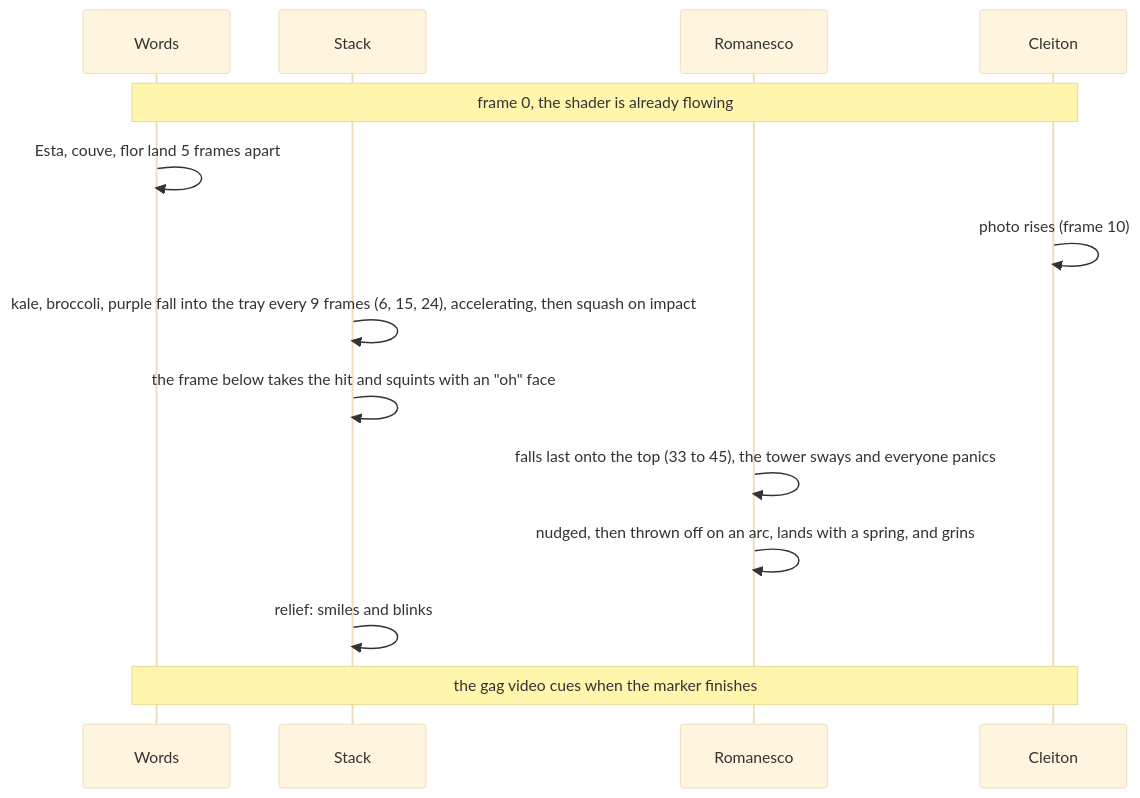
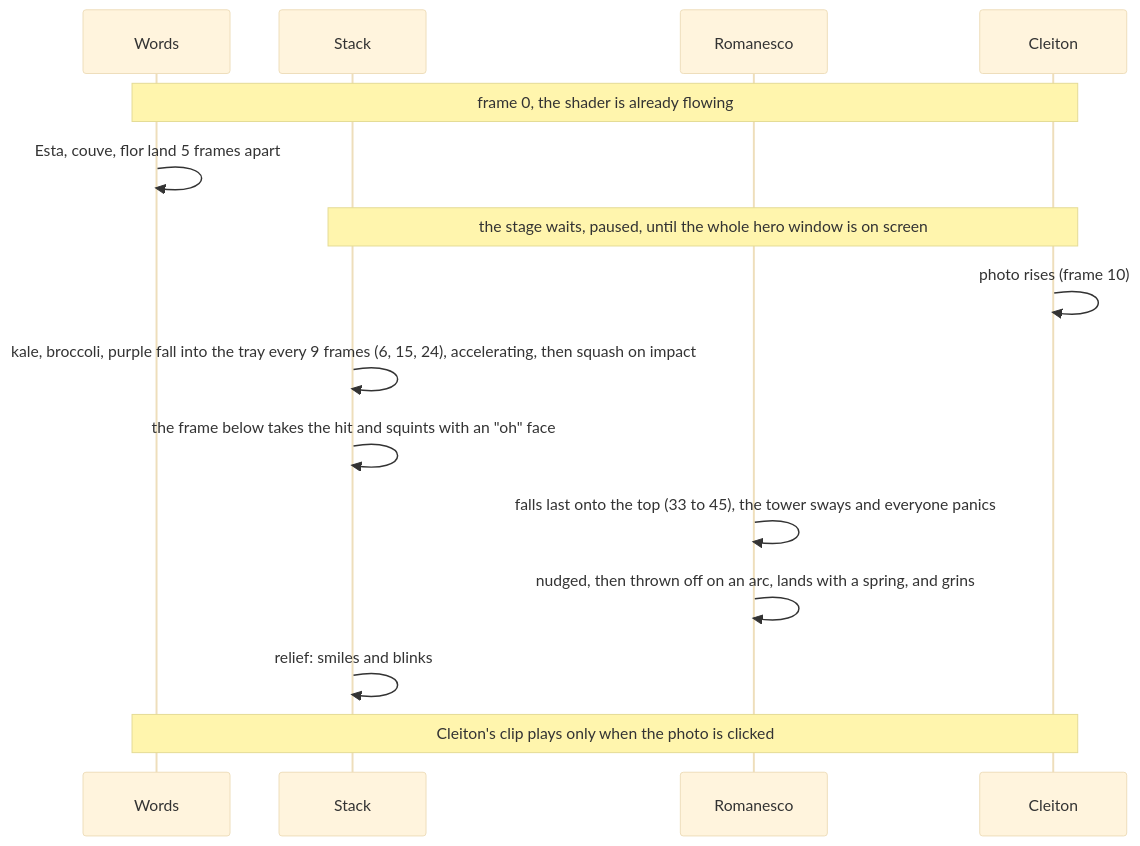
Before and after one commit to klaygomes/klaygomes.github.io: the fourth of 4 diagrams in docs/design.md, drawn with Mermaid (base theme). The commit also changed other lines of this file and 7 other files, not shown here.

Commit message:
feat: hero stack waits until fully in view; Cleiton's clips play only on click

````diff
--- a/docs/design.md
+++ b/docs/design.md
@@ -125,16 +125,17 @@
 ```mermaid
 sequenceDiagram
   participant W as Words
   participant S as Stack
   participant R as Romanesco
   participant C as Cleiton
   Note over W,C: frame 0, the shader is already flowing
   W->>W: Esta, couve, flor land 5 frames apart
+  Note over S,C: the stage waits, paused, until the whole hero window is on screen
   C->>C: photo rises (frame 10)
   S->>S: kale, broccoli, purple fall into the tray every 9 frames (6, 15, 24), accelerating, then squash on impact
   S->>S: the frame below takes the hit and squints with an "oh" face
   R->>R: falls last onto the top (33 to 45), the tower sways and everyone panics
   R->>R: nudged, then thrown off on an arc, lands with a spring, and grins
   S->>S: relief: smiles and blinks
-  Note over W,C: the gag video cues when the marker finishes
+  Note over W,C: Cleiton's clip plays only when the photo is clicked
 ```
````
